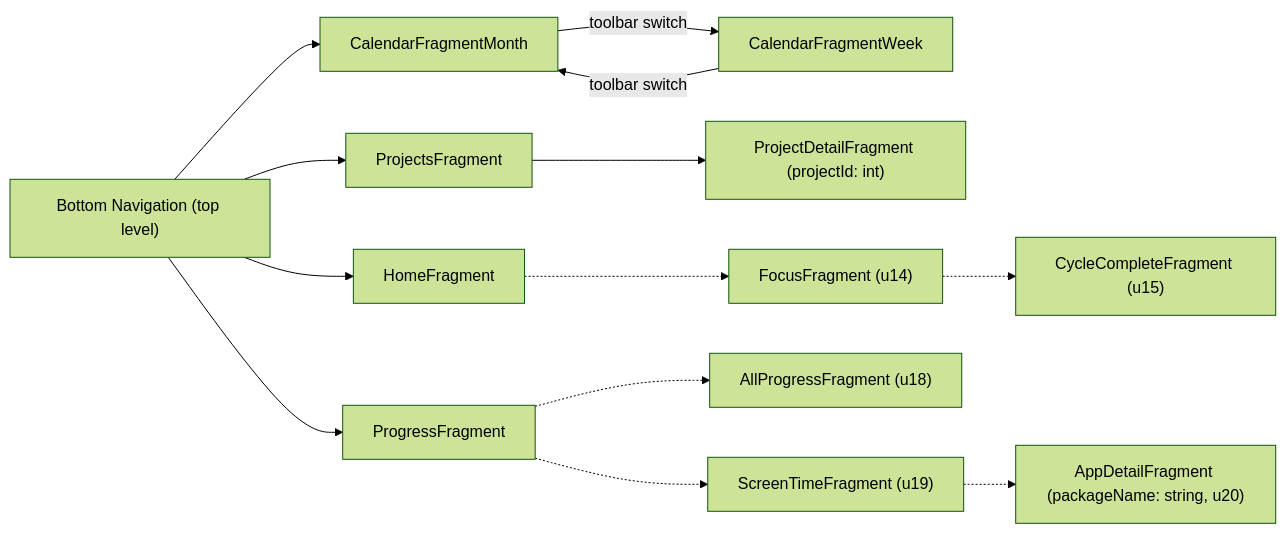
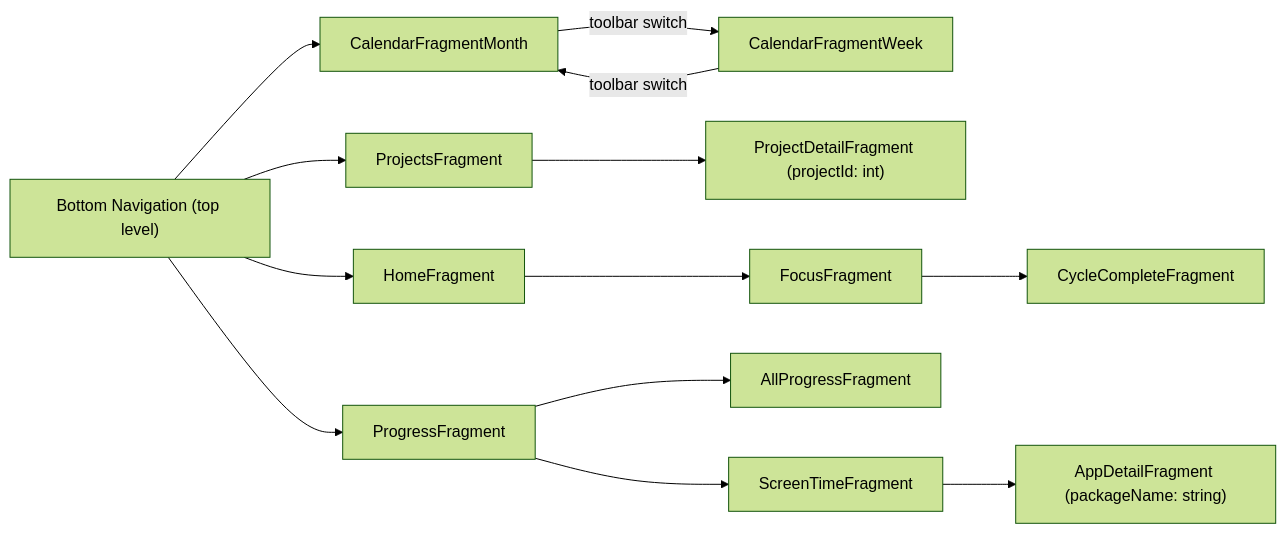
Before and after one commit to ThaGuille/BBetterCalendar: the third of 3 diagrams in .claude/docs/architecture.md, drawn with Mermaid (forest theme). The commit also changed other lines of this file and 71 other files, not shown here.

````diff
--- a/.claude/docs/architecture.md
+++ b/.claude/docs/architecture.md
@@ -143,16 +143,16 @@
 ```mermaid
 graph LR
     BottomNav["Bottom Navigation (top level)"]
     BottomNav --> Home["HomeFragment"]
     BottomNav --> Progress["ProgressFragment"]
     BottomNav --> CalMonth["CalendarFragmentMonth"]
     BottomNav --> Projects["ProjectsFragment"]
     CalMonth -->|"toolbar switch"| CalWeek["CalendarFragmentWeek"]
     CalWeek  -->|"toolbar switch"| CalMonth
     Projects --> ProjectDetail["ProjectDetailFragment (projectId: int)"]
-    Home -.-> Focus["FocusFragment (u14)"]
-    Focus -.-> CycleComplete["CycleCompleteFragment (u15)"]
-    Progress -.-> AllProgress["AllProgressFragment (u18)"]
-    Progress -.-> ScreenTime["ScreenTimeFragment (u19)"]
-    ScreenTime -.-> AppDetail["AppDetailFragment (packageName: string, u20)"]
+    Home --> Focus["FocusFragment"]
+    Focus --> CycleComplete["CycleCompleteFragment"]
+    Progress --> AllProgress["AllProgressFragment"]
+    Progress --> ScreenTime["ScreenTimeFragment"]
+    ScreenTime --> AppDetail["AppDetailFragment (packageName: string)"]
 ```
````
